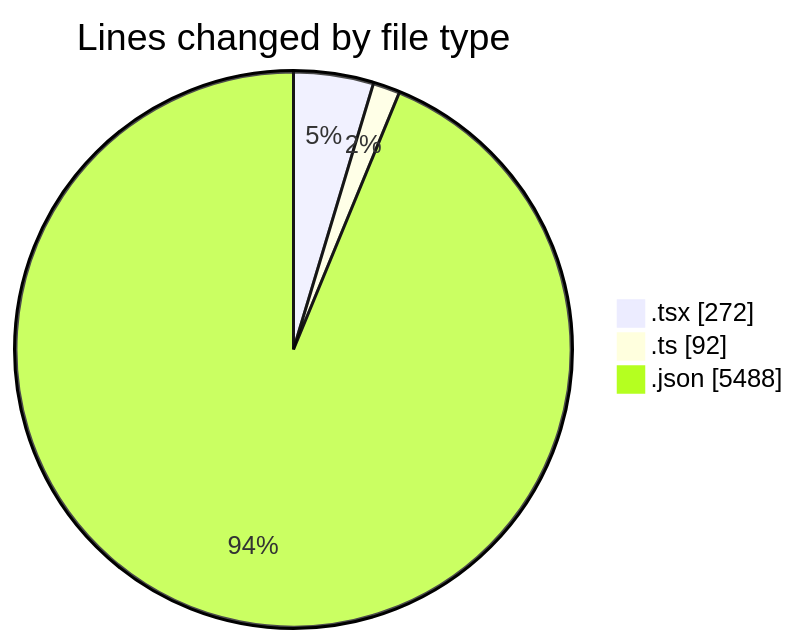
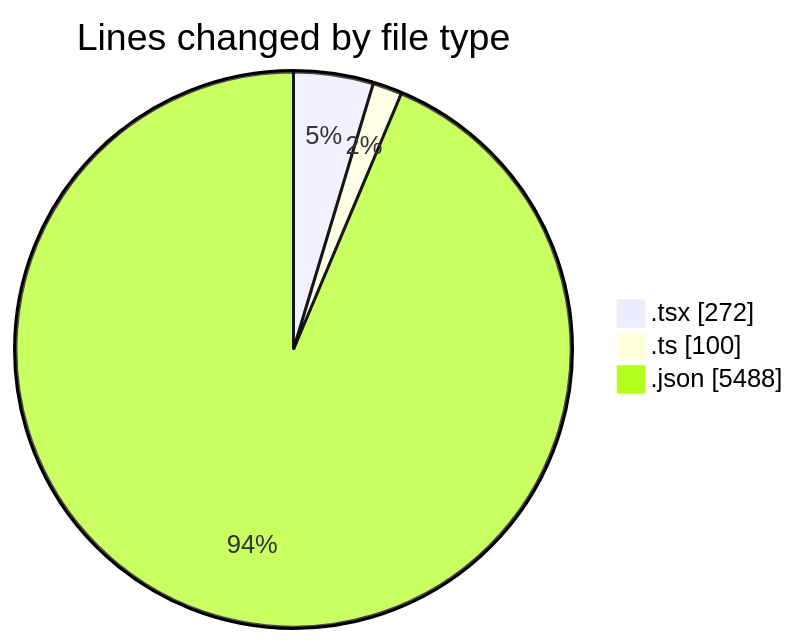
The first of 2 diagrams in 2026-04-12/airfeed-analytics-dashboard/README.md (nxtqubesakshisongat/code-tracking), drawn with Mermaid before and after one commit. The commit also changed other lines of this file and 1 other file, not shown here.

````diff
--- a/2026-04-12/airfeed-analytics-dashboard/README.md
+++ b/2026-04-12/airfeed-analytics-dashboard/README.md
@@ -23,7 +24,7 @@
 ```mermaid
 pie showData
 title Lines changed by file type
 ".tsx" : 272
-".ts" : 92
+".ts" : 100
 ".json" : 5488
 ```
````
